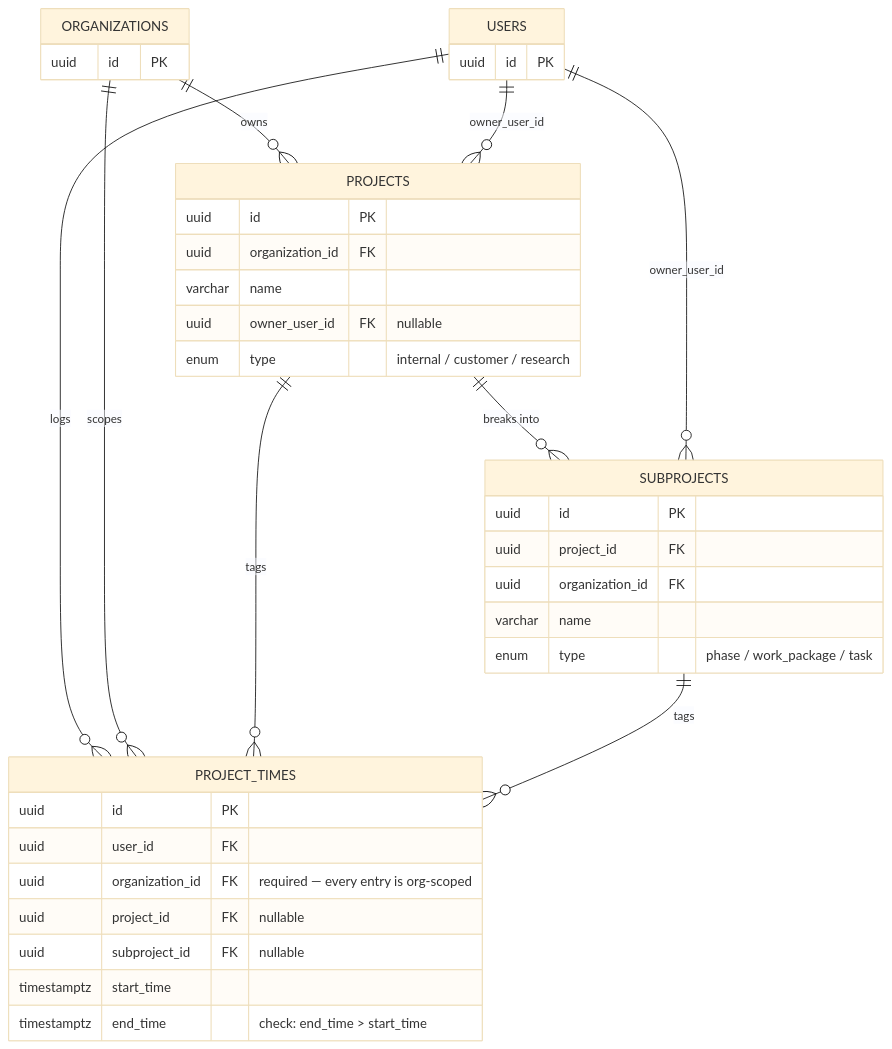
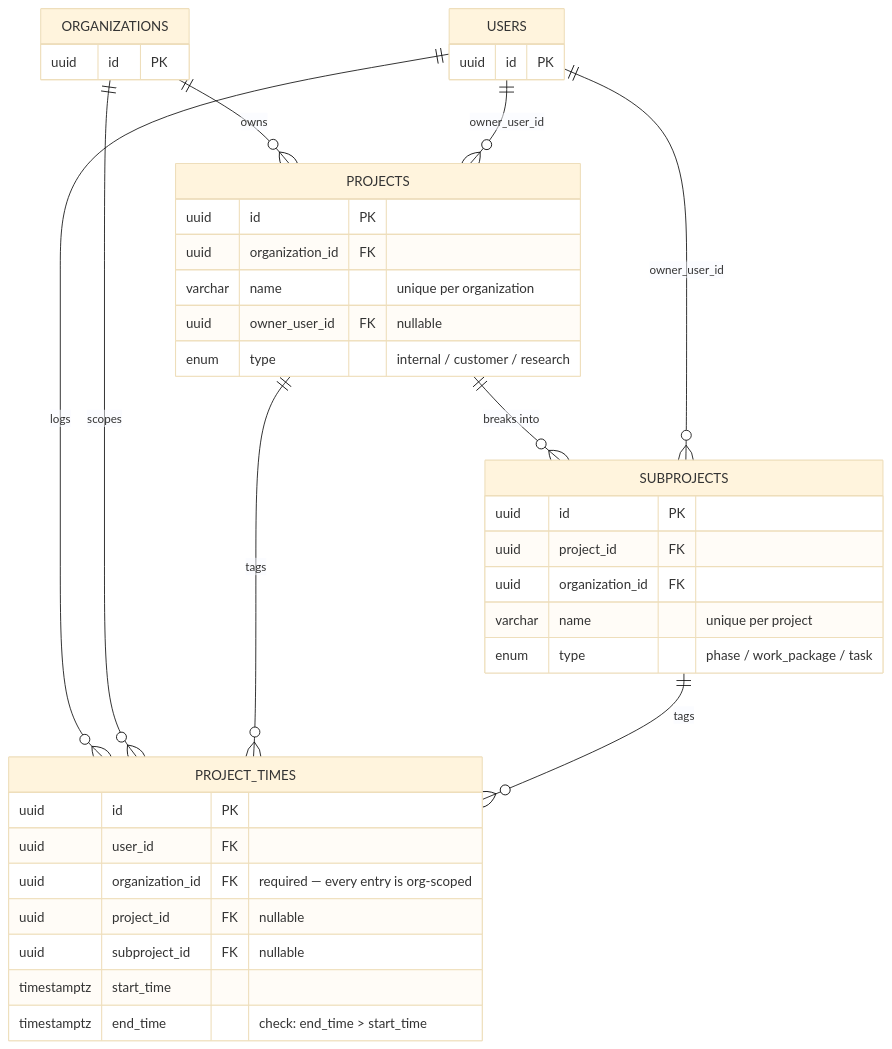
Before and after one commit to fporoli/worktime3: the fourth of 12 diagrams in docs/DATABASE_SCHEMA.md, drawn with Mermaid (base theme). The commit also changed other lines of this file and 16 other files, not shown here.

First line of the commit message:
Refactor database schema and seed data

````diff
--- a/docs/DATABASE_SCHEMA.md
+++ b/docs/DATABASE_SCHEMA.md
@@ -177,37 +167,37 @@
 ```mermaid
 erDiagram
     ORGANIZATIONS ||--o{ PROJECTS : "owns"
     PROJECTS ||--o{ SUBPROJECTS : "breaks into"
     USERS ||--o{ PROJECTS : "owner_user_id"
     USERS ||--o{ SUBPROJECTS : "owner_user_id"
     USERS ||--o{ PROJECT_TIMES : "logs"
     ORGANIZATIONS ||--o{ PROJECT_TIMES : "scopes"
     PROJECTS ||--o{ PROJECT_TIMES : "tags"
     SUBPROJECTS ||--o{ PROJECT_TIMES : "tags"
 
     PROJECTS {
         uuid id PK
         uuid organization_id FK
-        varchar name
+        varchar name "unique per organization"
         uuid owner_user_id FK "nullable"
         enum type "internal / customer / research"
     }
     SUBPROJECTS {
         uuid id PK
         uuid project_id FK
         uuid organization_id FK
-        varchar name
+        varchar name "unique per project"
         enum type "phase / work_package / task"
     }
     PROJECT_TIMES {
         uuid id PK
         uuid user_id FK
         uuid organization_id FK "required — every entry is org-scoped"
         uuid project_id FK "nullable"
         uuid subproject_id FK "nullable"
         timestamptz start_time
         timestamptz end_time "check: end_time > start_time"
     }
     ORGANIZATIONS { uuid id PK }
     USERS { uuid id PK }
 ```
````
